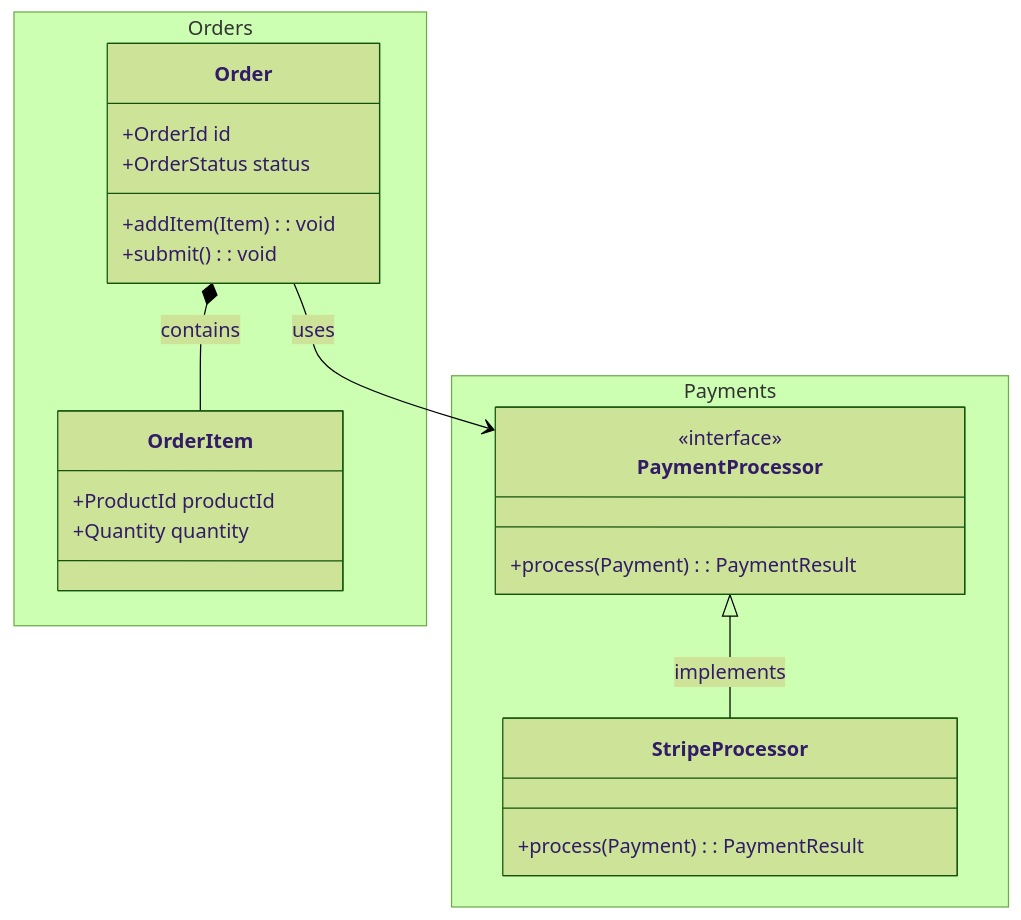
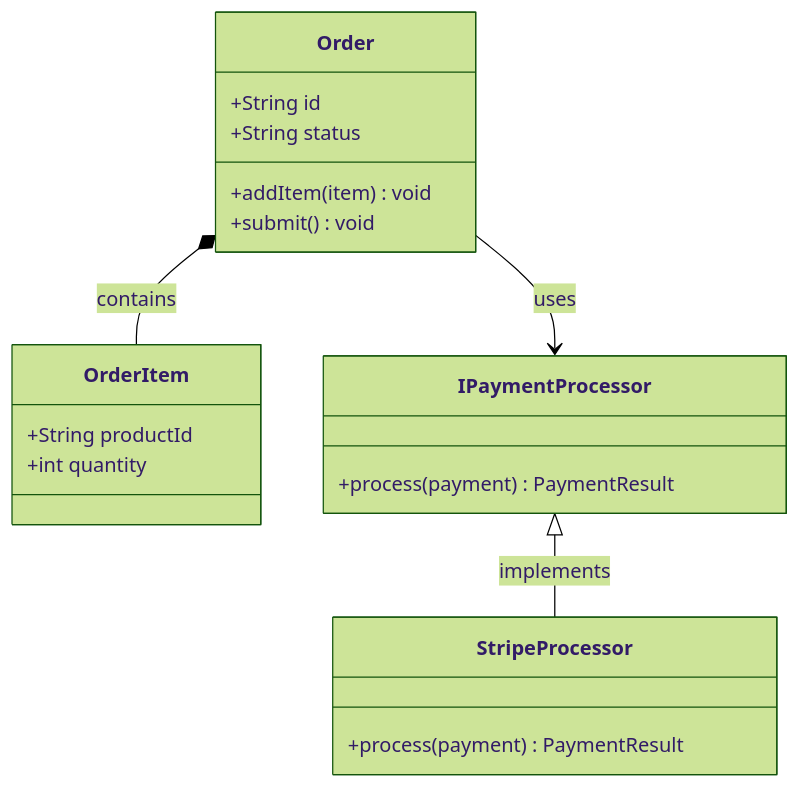
Before and after one commit to wangjq4214/skills: the diagram in skills/grimoire-plan/references/diagram-guide.md, drawn with Mermaid (forest theme). The commit also changed other lines of this file and 3 other files, not shown here.

First line of the commit message:
♻️ refactor(grimoire-plan): simplify diagram syntax and add browser preview

````diff
--- a/skills/grimoire-plan/references/diagram-guide.md
+++ b/skills/grimoire-plan/references/diagram-guide.md
@@ -33,29 +44,23 @@
 ```mermaid
 classDiagram
-    namespace Orders {
-        class Order {
-            +OrderId id
-            +OrderStatus status
-            +addItem(Item): void
-            +submit(): void
-        }
-        class OrderItem {
-            +ProductId productId
-            +Quantity quantity
-        }
+    class Order {
+        +String id
+        +String status
+        +addItem(item) void
+        +submit() void
     }
-
-    namespace Payments {
-        class PaymentProcessor {
-            <<interface>>
-            +process(Payment): PaymentResult
-        }
-        class StripeProcessor {
-            +process(Payment): PaymentResult
-        }
+    class OrderItem {
+        +String productId
+        +int quantity
+    }
+    class IPaymentProcessor {
+        +process(payment) PaymentResult
+    }
+    class StripeProcessor {
+        +process(payment) PaymentResult
     }
 
     Order *-- OrderItem : contains
-    Order --> PaymentProcessor : uses
-    PaymentProcessor <|-- StripeProcessor : implements
+    Order --> IPaymentProcessor : uses
+    IPaymentProcessor <|-- StripeProcessor : implements
 ```
````
